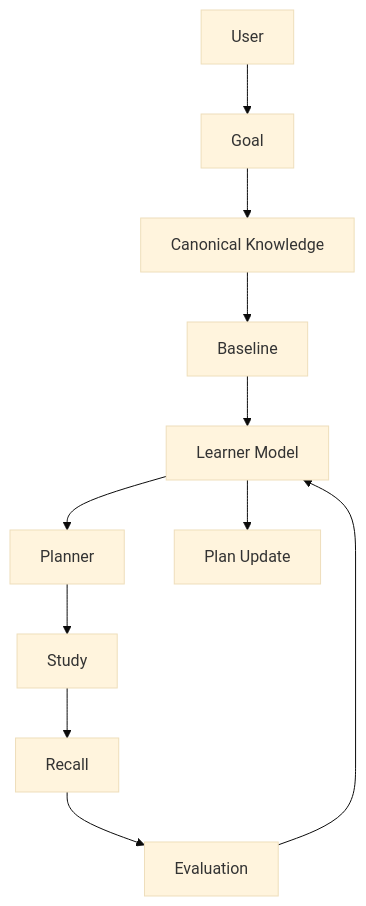
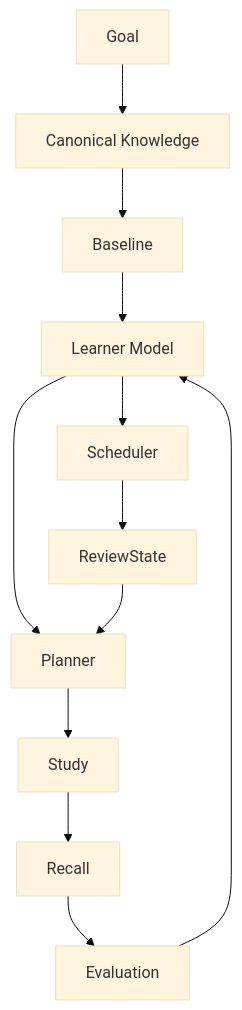
The second of 2 diagrams in docs/ARCHITECTURE.md (Sundramrai3691/RecallLoop), drawn with Mermaid (base theme) before and after one commit. The commit also changed other lines of this file and 10 other files, not shown here.

````diff
--- a/docs/ARCHITECTURE.md
+++ b/docs/ARCHITECTURE.md
@@ -133,13 +21,14 @@
 ```mermaid
 flowchart TD
-    User --> Goal
-    Goal --> CanonicalKnowledge[Canonical Knowledge]
-    CanonicalKnowledge --> Baseline
-    Baseline --> LearnerModel[Learner Model]
-    LearnerModel --> Planner
-    Planner --> Study
-    Study --> Recall
-    Recall --> Evaluation
-    Evaluation --> LearnerModel
-    LearnerModel --> PlanUpdate[Plan Update]
+  Goal --> Knowledge[Canonical Knowledge]
+  Knowledge --> Baseline
+  Baseline --> Learner[Learner Model]
+  Learner --> Planner
+  Planner --> Study
+  Study --> Recall
+  Recall --> Evaluation
+  Evaluation --> Learner
+  Learner --> Scheduler
+  Scheduler --> ReviewState
+  ReviewState --> Planner
 ```
````
